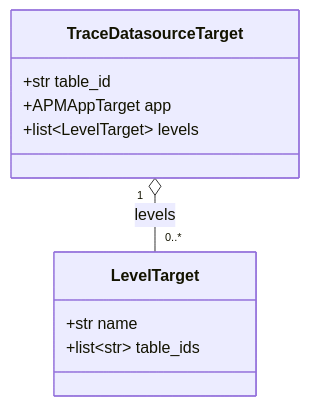
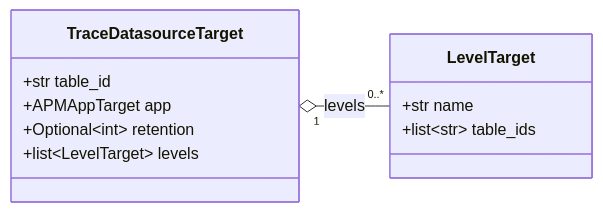
Before and after one commit to ZhuoZhuoCrayon/ai-workspace: the second of 4 diagrams in knowledge/bkmonitor/issues/2026-08-07-rum-unified-query/PLAN.md, drawn with Mermaid. The commit also changed other lines of this file and 1 other file, not shown here.

````diff
--- a/knowledge/bkmonitor/issues/2026-08-07-rum-unified-query/PLAN.md
+++ b/knowledge/bkmonitor/issues/2026-08-07-rum-unified-query/PLAN.md
@@ -110,13 +112,15 @@
 ```mermaid
 classDiagram
+    direction LR
     class TraceDatasourceTarget {
         +str table_id
         +APMAppTarget app
+        +Optional~int~ retention
         +list~LevelTarget~ levels
     }
     class LevelTarget {
         +str name
         +list~str~ table_ids
     }
     TraceDatasourceTarget "1" o-- "0..*" LevelTarget : levels
 ```
````
